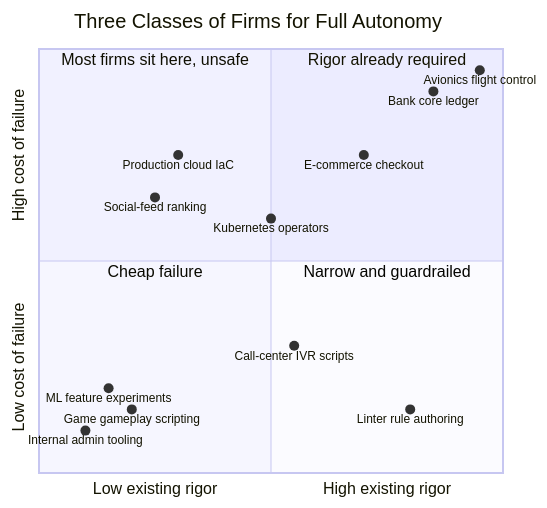
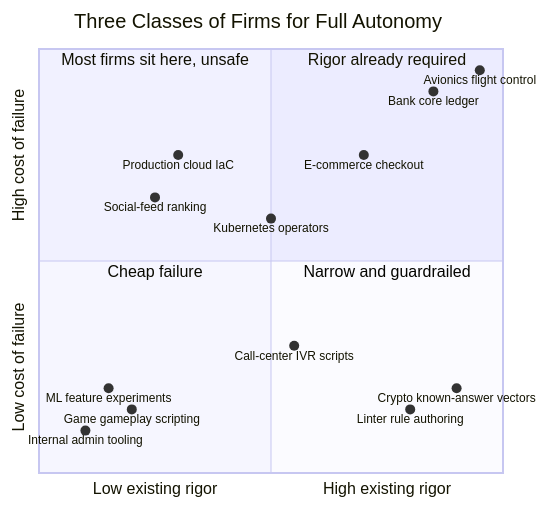
Before and after one commit to jh125486/presentations: the sixth of 8 diagrams in UNT/dark_factory.md, drawn with Mermaid. The commit also changed other lines of this file, not shown here.

First line of the commit message:
add crypto known-answer test vectors to the quadrant chart

````diff
--- a/UNT/dark_factory.md
+++ b/UNT/dark_factory.md
@@ -336,21 +336,22 @@
 ```mermaid
 quadrantChart
     title Three Classes of Firms for Full Autonomy
     x-axis Low existing rigor --> High existing rigor
     y-axis Low cost of failure --> High cost of failure
     quadrant-1 Rigor already required
     quadrant-2 Most firms sit here, unsafe
     quadrant-3 Cheap failure
     quadrant-4 Narrow and guardrailed
     Internal admin tooling: [0.1, 0.1]
     ML feature experiments: [0.15, 0.2]
     Game gameplay scripting: [0.2, 0.15]
     Call-center IVR scripts: [0.55, 0.3]
     Linter rule authoring: [0.8, 0.15]
+    Crypto known-answer vectors: [0.9, 0.2]
     Kubernetes operators: [0.5, 0.6]
     Social-feed ranking: [0.25, 0.65]
     Production cloud IaC: [0.3, 0.75]
     E-commerce checkout: [0.7, 0.75]
     Bank core ledger: [0.85, 0.9]
     Avionics flight control: [0.95, 0.95]
 ```
````
